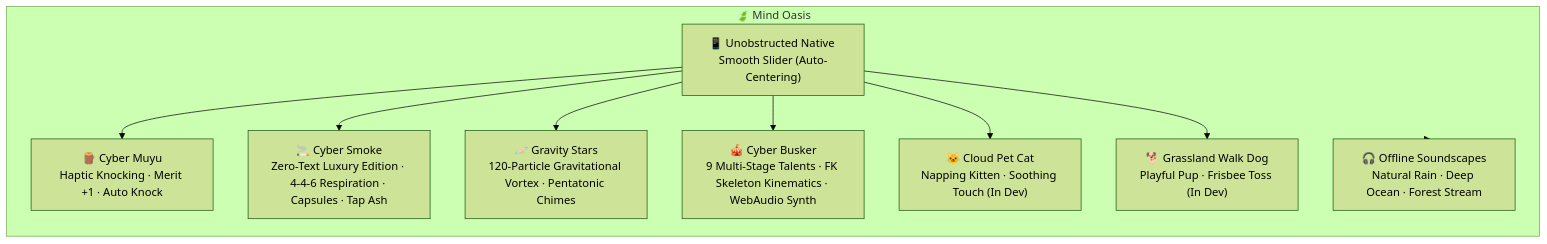
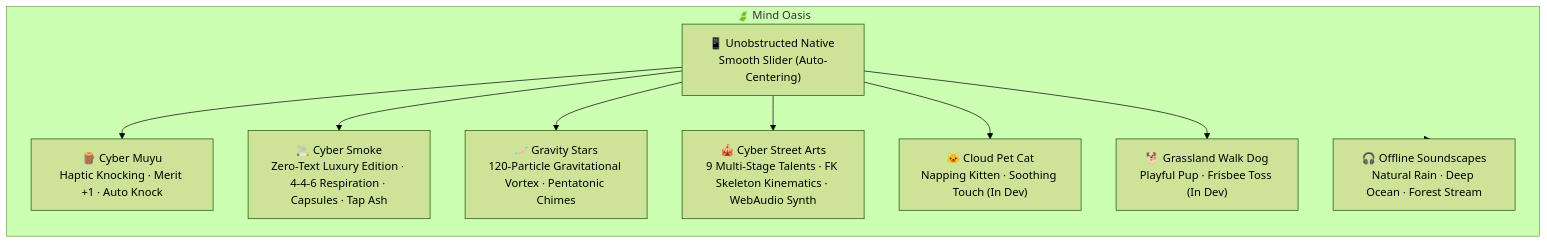
The diagram in README_EN.md (Totorohaha/chrono_routine), drawn with Mermaid (forest theme) before and after one commit. The commit also changed other lines of this file and 5 other files, not shown here.

Commit message:
fix(ui): remove smoke audio/capsule boxes, rename to Cyber Street Arts and elevate stage by 1/6 height

````diff
--- a/README_EN.md
+++ b/README_EN.md
@@ -90,15 +90,15 @@
 ```mermaid
 flowchart TD
     subgraph Oasis["🍃 Mind Oasis"]
         Nav["📱 Unobstructed Native Smooth Slider (Auto-Centering)"]
         G1["🪵 Cyber Muyu<br/>Haptic Knocking · Merit +1 · Auto Knock"]
         G2["🚬 Cyber Smoke<br/>Zero-Text Luxury Edition · 4-4-6 Respiration · Capsules · Tap Ash"]
         G3["🪐 Gravity Stars<br/>120-Particle Gravitational Vortex · Pentatonic Chimes"]
-        G4["🎪 Cyber Busker<br/>9 Multi-Stage Talents · FK Skeleton Kinematics · WebAudio Synth"]
+        G4["🎪 Cyber Street Arts<br/>9 Multi-Stage Talents · FK Skeleton Kinematics · WebAudio Synth"]
         G5["🐱 Cloud Pet Cat<br/>Napping Kitten · Soothing Touch (In Dev)"]
         G6["🐕 Grassland Walk Dog<br/>Playful Pup · Frisbee Toss (In Dev)"]
         Sound["🎧 Offline Soundscapes<br/>Natural Rain · Deep Ocean · Forest Stream"]
     end
     Nav --> G1 & G2 & G3 & G4 & G5 & G6
     Oasis --> Sound
 ```
````
